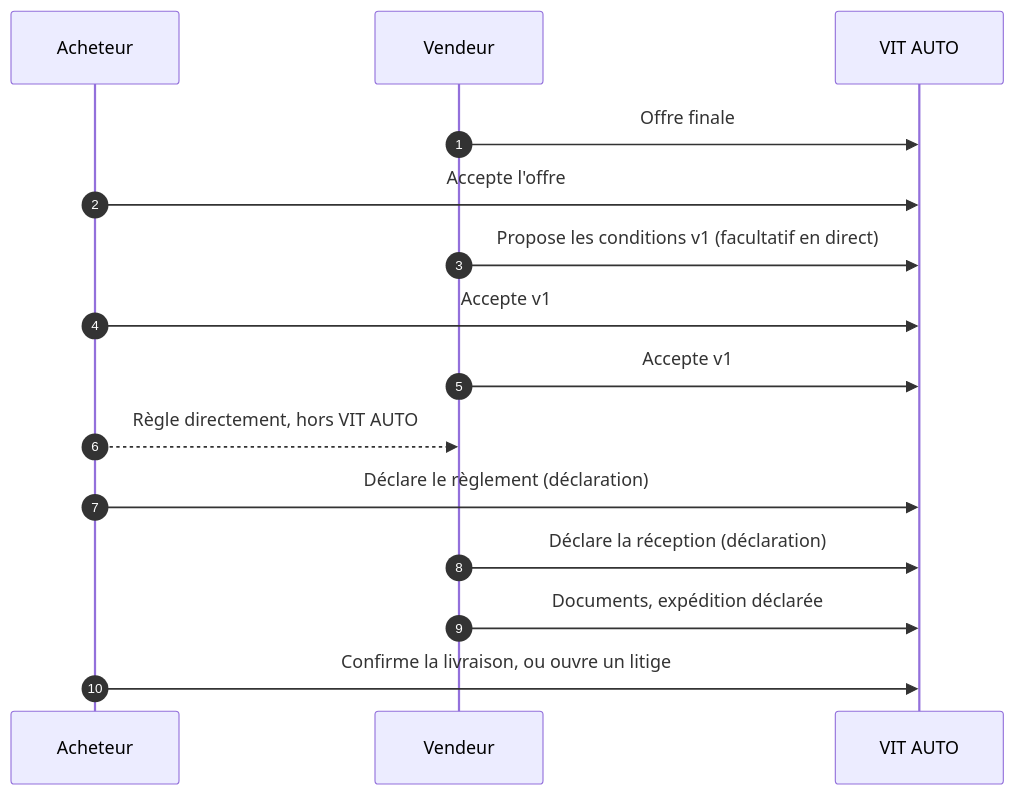
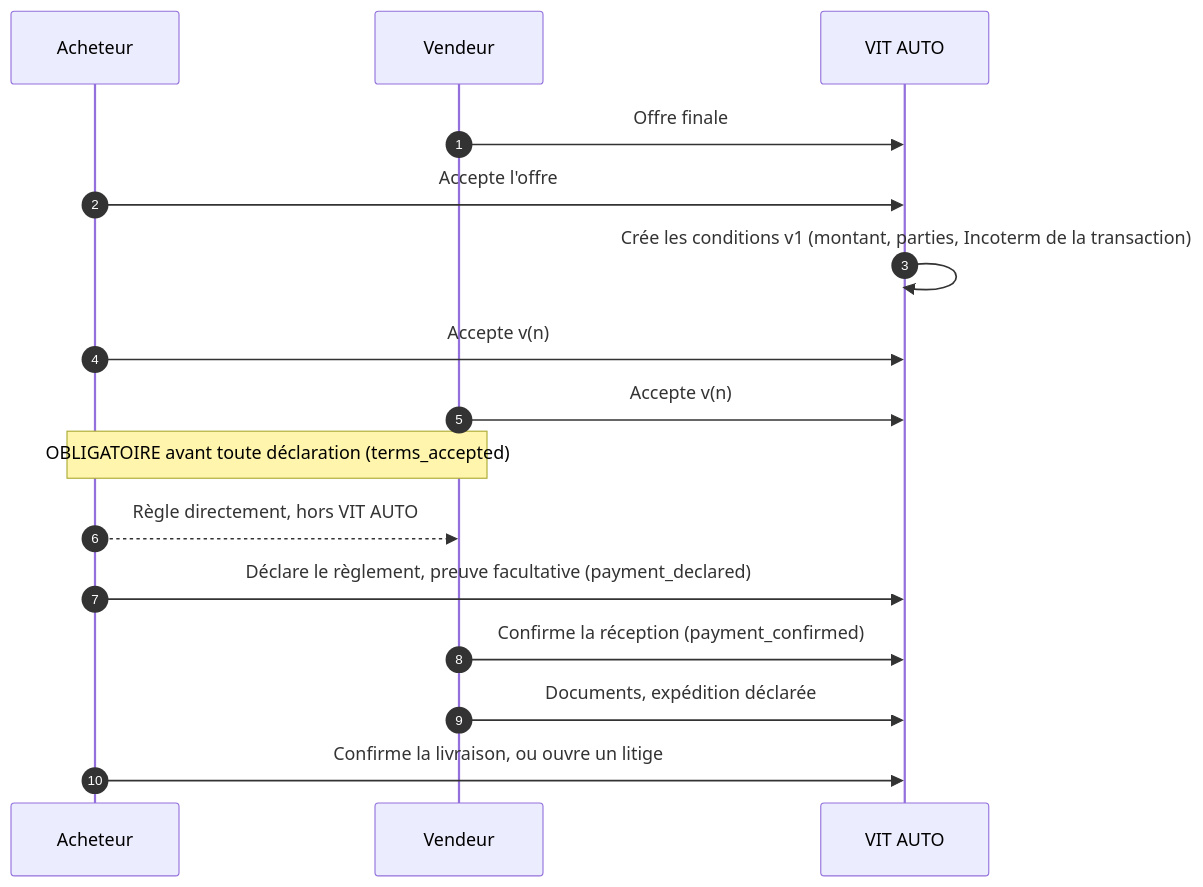
One commit to Menezndri2023/vit-auto changed the fifth of 6 diagrams in docs/import-export-paiement-securise.md. Above: the diagram before and after it, drawn with Mermaid. The commit also changed other lines of this file and 25 other files, not shown here.

First line of the commit message:
Import/Export : réclamations et conditions versionnées ; règlement direct en trois étapes obligatoires

````diff
--- a/docs/import-export-paiement-securise.md
+++ b/docs/import-export-paiement-securise.md
@@ -363,17 +369,18 @@
 ```mermaid
 sequenceDiagram
     autonumber
     participant A as Acheteur
     participant V as Vendeur
     participant P as VIT AUTO
     V->>P: Offre finale
     A->>P: Accepte l'offre
-    V->>P: Propose les conditions v1 (facultatif en direct)
-    A->>P: Accepte v1
-    V->>P: Accepte v1
+    P->>P: Crée les conditions v1 (montant, parties, Incoterm de la transaction)
+    A->>P: Accepte v(n)
+    V->>P: Accepte v(n)
+    Note over A,V: OBLIGATOIRE avant toute déclaration (terms_accepted)
     A-->>V: Règle directement, hors VIT AUTO
-    A->>P: Déclare le règlement (déclaration)
-    V->>P: Déclare la réception (déclaration)
+    A->>P: Déclare le règlement, preuve facultative (payment_declared)
+    V->>P: Confirme la réception (payment_confirmed)
     V->>P: Documents, expédition déclarée
     A->>P: Confirme la livraison, ou ouvre un litige
 ```
````
